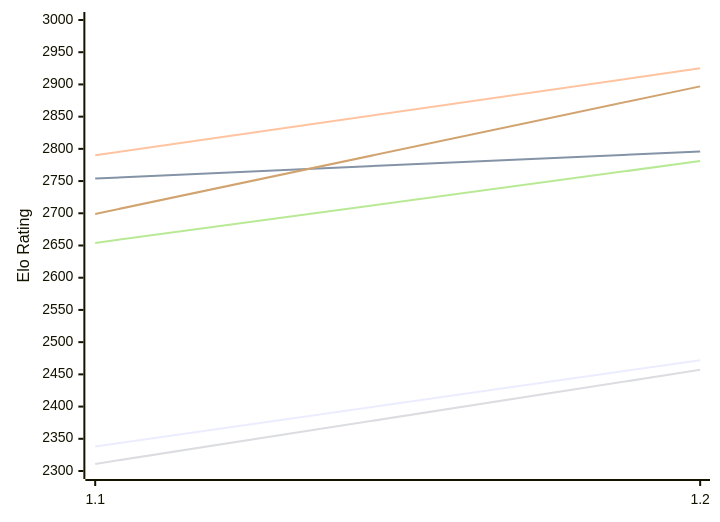
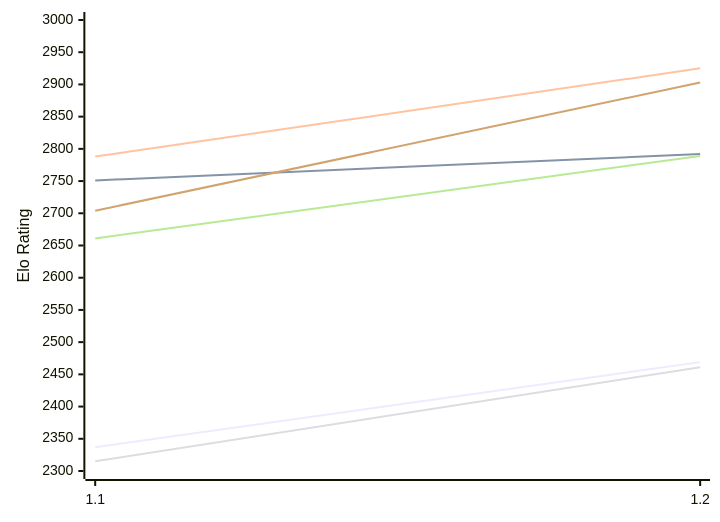
Before and after one commit to computer-chess-index/cci: the first of 2 diagrams in engines/FoxChess.md, drawn with Mermaid. The commit also changed other lines of this file, not shown here.

Commit message:
Update CCI Ratings (ELO VLTC) - 2026-11-23

````diff
--- a/engines/FoxChess.md
+++ b/engines/FoxChess.md
@@ -51,12 +51,12 @@
 ```mermaid
 %%{init: {"theme":"base","themeVariables":{"seriesColors:['#a3a3a3','#222221','#faa371']}}}%%
 xychart-beta
   x-axis ["1.1", "1.2"]
   y-axis "Elo Rating" 2300 --> 3000
-  line "E1: STC (8.0+0.08s)" [2338, 2472]
-  line "E1: LTC (60.0+0.60s)" [2754, 2796]
-  line "E1: VLTC (2m24s+1.12s)" [2790, 2925]
-  line "P1: STC (8.0+0.08s)" [2311, 2457]
-  line "P1: LTC (60.0+0.60s)" [2654, 2781]
-  line "P1: VLTC (2m24s+1.12s)" [2699, 2897]
+  line "E1: STC (8.0+0.08s)" [2337, 2469]
+  line "E1: LTC (60.0+0.60s)" [2751, 2792]
+  line "E1: VLTC (2m24s+1.12s)" [2788, 2925]
+  line "P1: STC (8.0+0.08s)" [2315, 2461]
+  line "P1: LTC (60.0+0.60s)" [2661, 2789]
+  line "P1: VLTC (2m24s+1.12s)" [2704, 2903]
 ```
````
